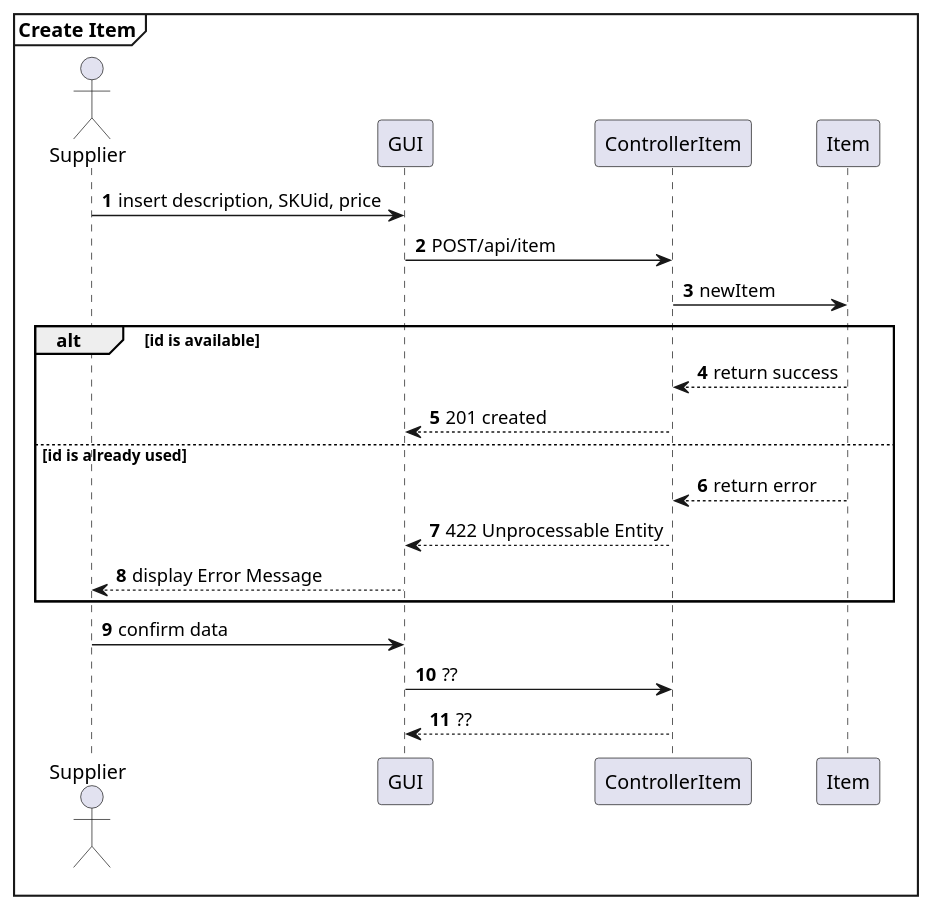
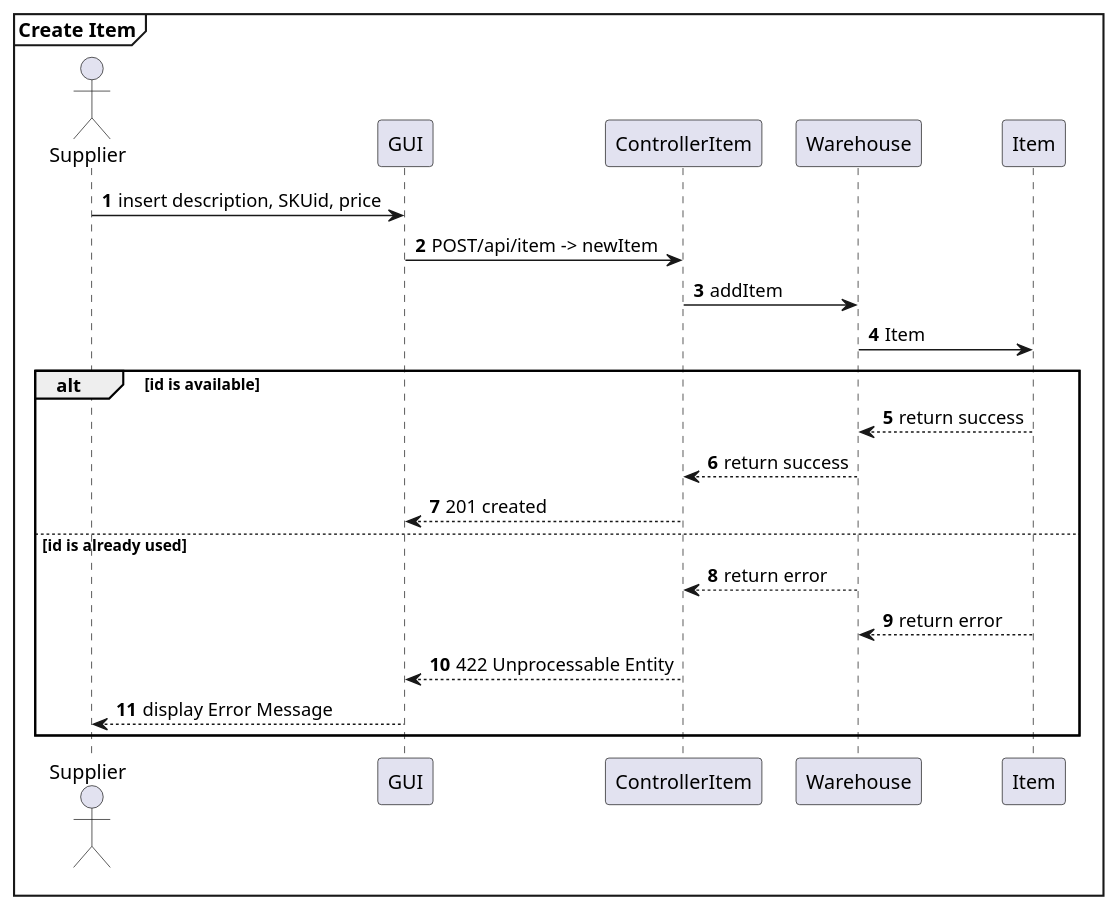
Before and after one commit to AlexZampa/EzWh: diagram 28 of 32 in DesignDocument.md, drawn with PlantUML. The commit also changed other lines of this file, not shown here.

````diff
--- a/DesignDocument.md
+++ b/DesignDocument.md
@@ -1334,27 +1346,28 @@
 ```plantuml
+@startuml
 mainframe **Create Item**
 actor Supplier
 participant GUI
 participant ControllerItem
+participant Warehouse
 participant Item
 
 autonumber
 Supplier -> GUI : insert description, SKUid, price 
-GUI -> ControllerItem : POST/api/item
-ControllerItem -> Item : newItem
+GUI -> ControllerItem : POST/api/item -> newItem
+ControllerItem -> Warehouse : addItem
+Warehouse -> Item : Item
 
 alt id is available
-  ControllerItem <-- Item : return success
+  Warehouse <-- Item : return success
+  ControllerItem <-- Warehouse : return success
   GUI <-- ControllerItem : 201 created
 else id is already used
-  ControllerItem <-- Item : return error
+  ControllerItem <-- Warehouse : return error
+  Warehouse <-- Item : return error
   GUI <-- ControllerItem : 422 Unprocessable Entity
   Supplier <-- GUI : display Error Message
 end
 
-Supplier -> GUI : confirm data
-GUI -> ControllerItem : ??
-GUI <-- ControllerItem : ??
-
 @enduml
 ```
````
